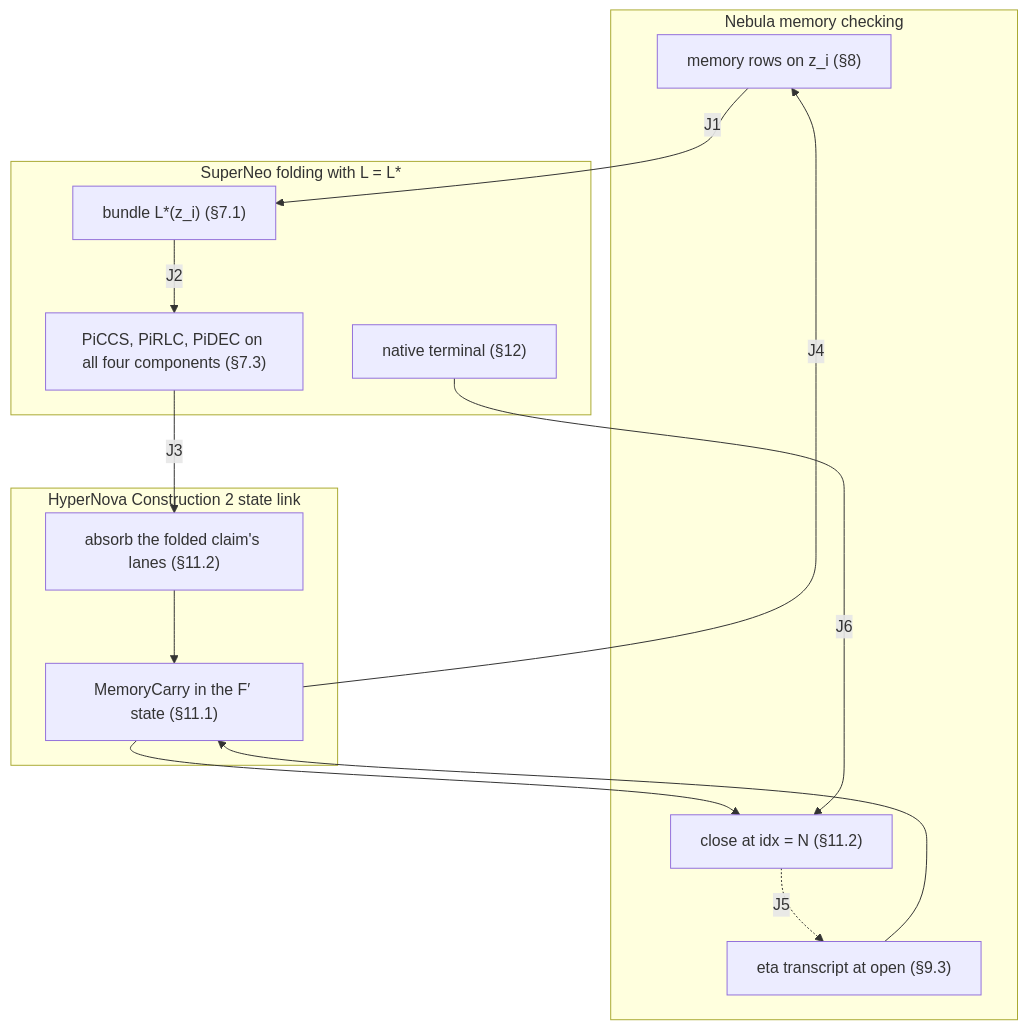
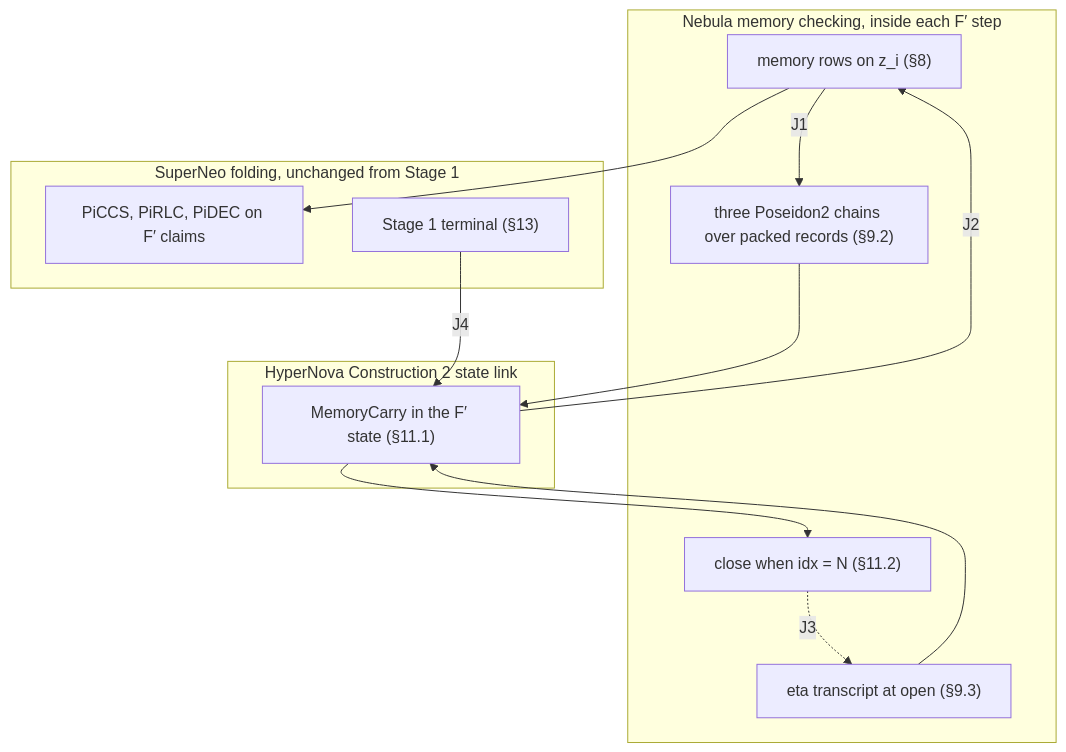
The diagram in specs/nebula-superneo.md (LFDT-Nightstream/Nightstream), drawn with Mermaid before and after one commit. The commit also changed other lines of this file and 1 other file, not shown here.

First line of the commit message:
Move Nebula records to in-step Poseidon2 chains

````diff
--- a/specs/nebula-superneo.md
+++ b/specs/nebula-superneo.md
@@ -80,26 +78,24 @@
 ```mermaid
 flowchart TB
-  subgraph NEB["Nebula memory checking"]
+  subgraph NEB["Nebula memory checking, inside each F′ step"]
     ROWS["memory rows on z_i (§8)"]
+    CHAIN["three Poseidon2 chains over packed records (§9.2)"]
     ETA["eta transcript at open (§9.3)"]
-    CLOSE["close at idx = N (§11.2)"]
+    CLOSE["close when idx = N (§11.2)"]
   end
   subgraph HN["HyperNova Construction 2 state link"]
     CARRY["MemoryCarry in the F′ state (§11.1)"]
-    ABS["absorb the folded claim's lanes (§11.2)"]
   end
-  subgraph SN["SuperNeo folding with L = L*"]
-    LSTAR["bundle L*(z_i) (§7.1)"]
-    FOLD["PiCCS, PiRLC, PiDEC on all four components (§7.3)"]
-    TERM["native terminal (§12)"]
+  subgraph SN["SuperNeo folding, unchanged from Stage 1"]
+    FOLD["PiCCS, PiRLC, PiDEC on F′ claims"]
+    TERM["Stage 1 terminal (§13)"]
   end
-  ROWS -- "J1" --> LSTAR
-  LSTAR -- "J2" --> FOLD
-  FOLD -- "J3" --> ABS
-  ABS --> CARRY
+  ROWS -- "J1" --> CHAIN
+  CHAIN --> CARRY
   ETA --> CARRY
-  CARRY -- "J4" --> ROWS
+  CARRY -- "J2" --> ROWS
   CARRY --> CLOSE
-  CLOSE -. "J5" .-> ETA
-  TERM -- "J6" --> CLOSE
+  CLOSE -. "J3" .-> ETA
+  ROWS --> FOLD
+  TERM -- "J4" --> CARRY
 ```
````
